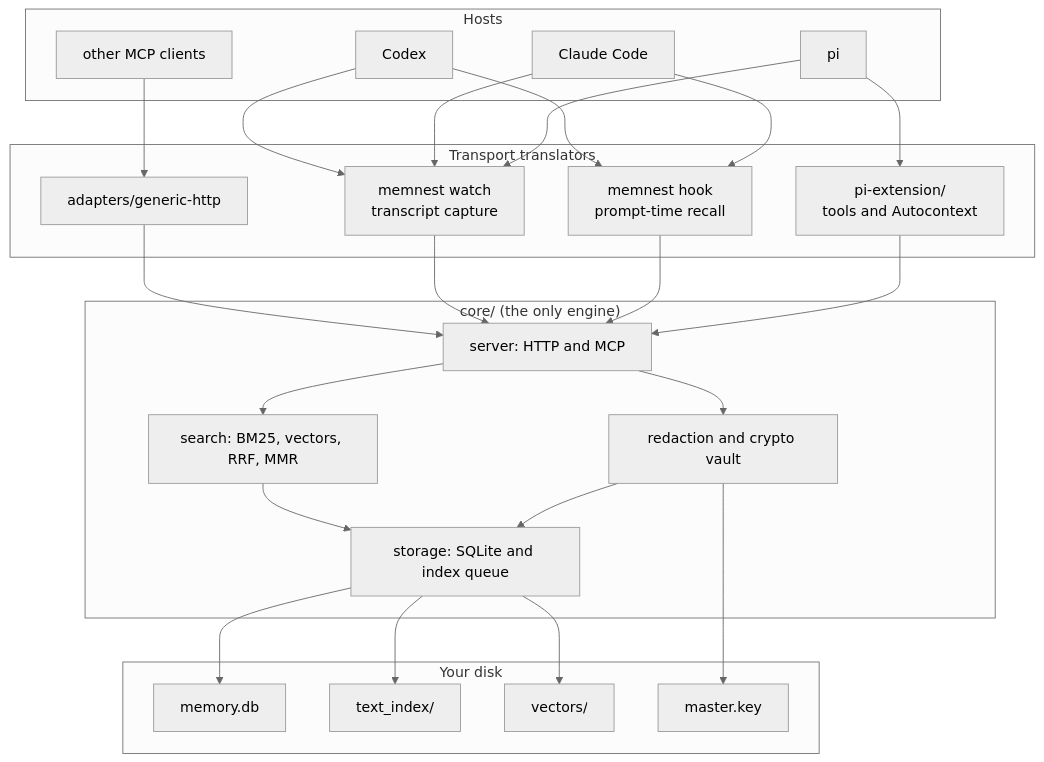
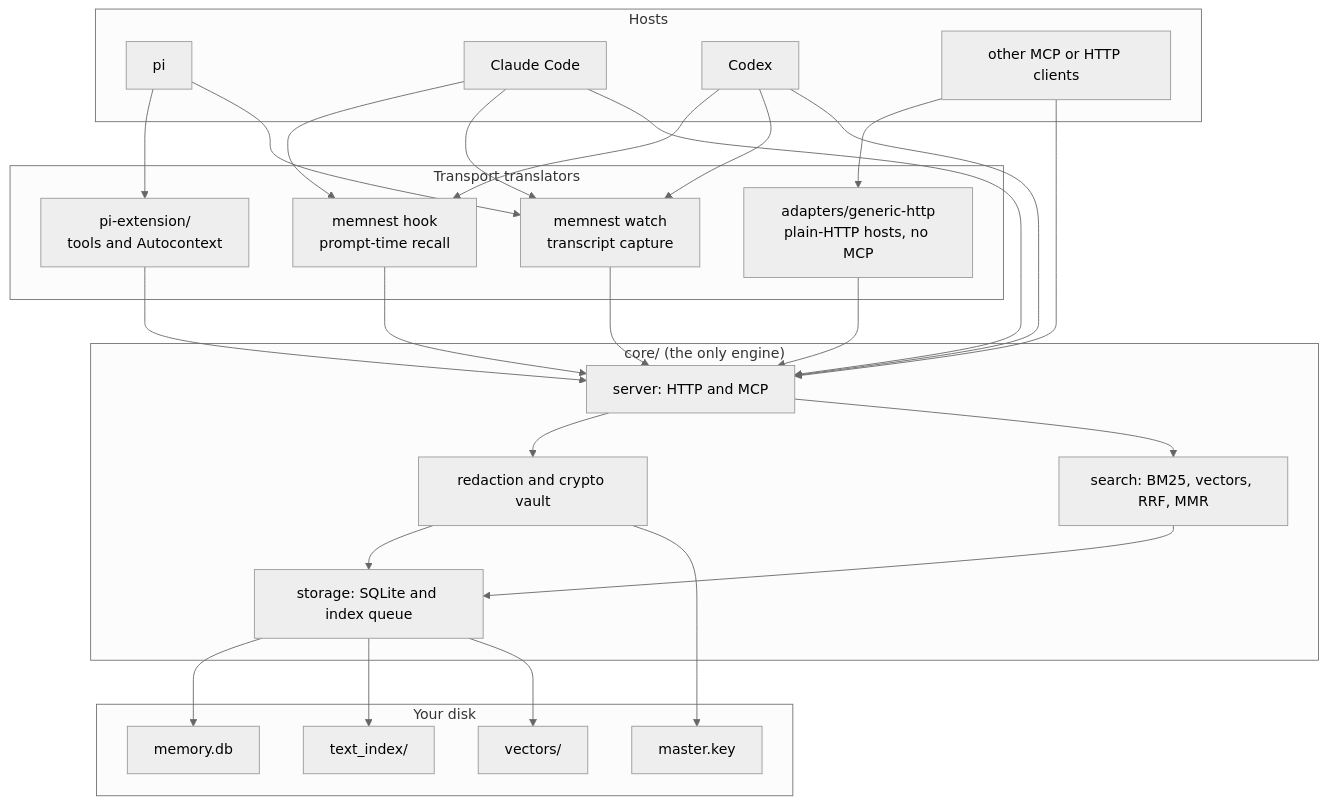
The second of 2 diagrams in README.md (Blue-B/memnest), drawn with Mermaid (neutral theme) before and after one commit. The commit also changed other lines of this file and 6 other files, not shown here.

First line of the commit message:
docs: correct the README against the code, redraw the architecture diagrams

````diff
--- a/README.md
+++ b/README.md
@@ -261,52 +328,55 @@
 ```mermaid
 flowchart TB
     subgraph hosts["Hosts"]
         H1["pi"]
         H2["Claude Code"]
         H3["Codex"]
-        H4["other MCP clients"]
+        H4["other MCP or HTTP clients"]
     end
 
     subgraph bridges["Transport translators"]
         B1["pi-extension/<br/>tools and Autocontext"]
         B2["memnest hook<br/>prompt-time recall"]
         B3["memnest watch<br/>transcript capture"]
-        B4["adapters/generic-http"]
+        B4["adapters/generic-http<br/>plain-HTTP hosts, no MCP"]
     end
 
     subgraph engine["core/ (the only engine)"]
         C1["server: HTTP and MCP"]
         C2["redaction and crypto vault"]
         C3["search: BM25, vectors, RRF, MMR"]
         C4["storage: SQLite and index queue"]
     end
 
     subgraph disk["Your disk"]
         D1["memory.db"]
         D2["text_index/"]
         D3["vectors/"]
         D4["master.key"]
     end
 
     H1 --> B1
     H2 --> B2
     H3 --> B2
     H4 --> B4
     H1 --> B3
     H2 --> B3
     H3 --> B3
+    H2 --> C1
+    H3 --> C1
+    H4 --> C1
 
     B1 --> C1
     B2 --> C1
     B3 --> C1
     B4 --> C1
 
     C1 --> C2
     C2 --> C4
     C1 --> C3
     C3 --> C4
     C4 --> D1
     C4 --> D2
     C4 --> D3
     C2 --> D4
 ```
````
